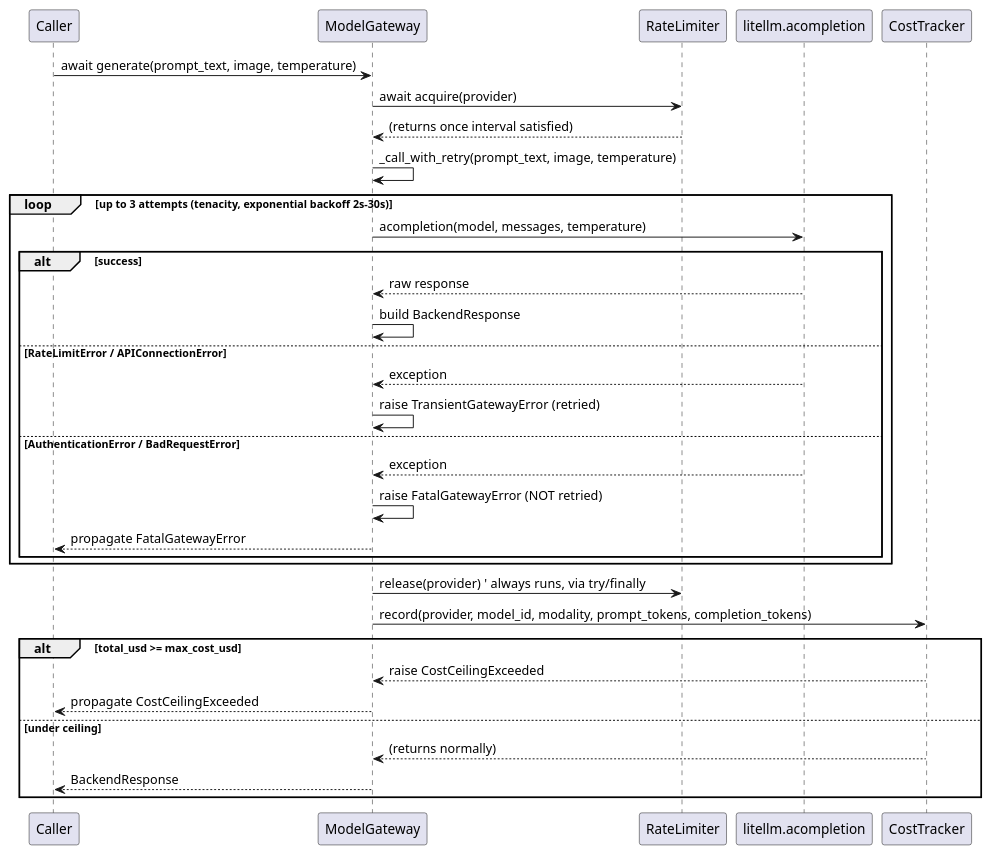
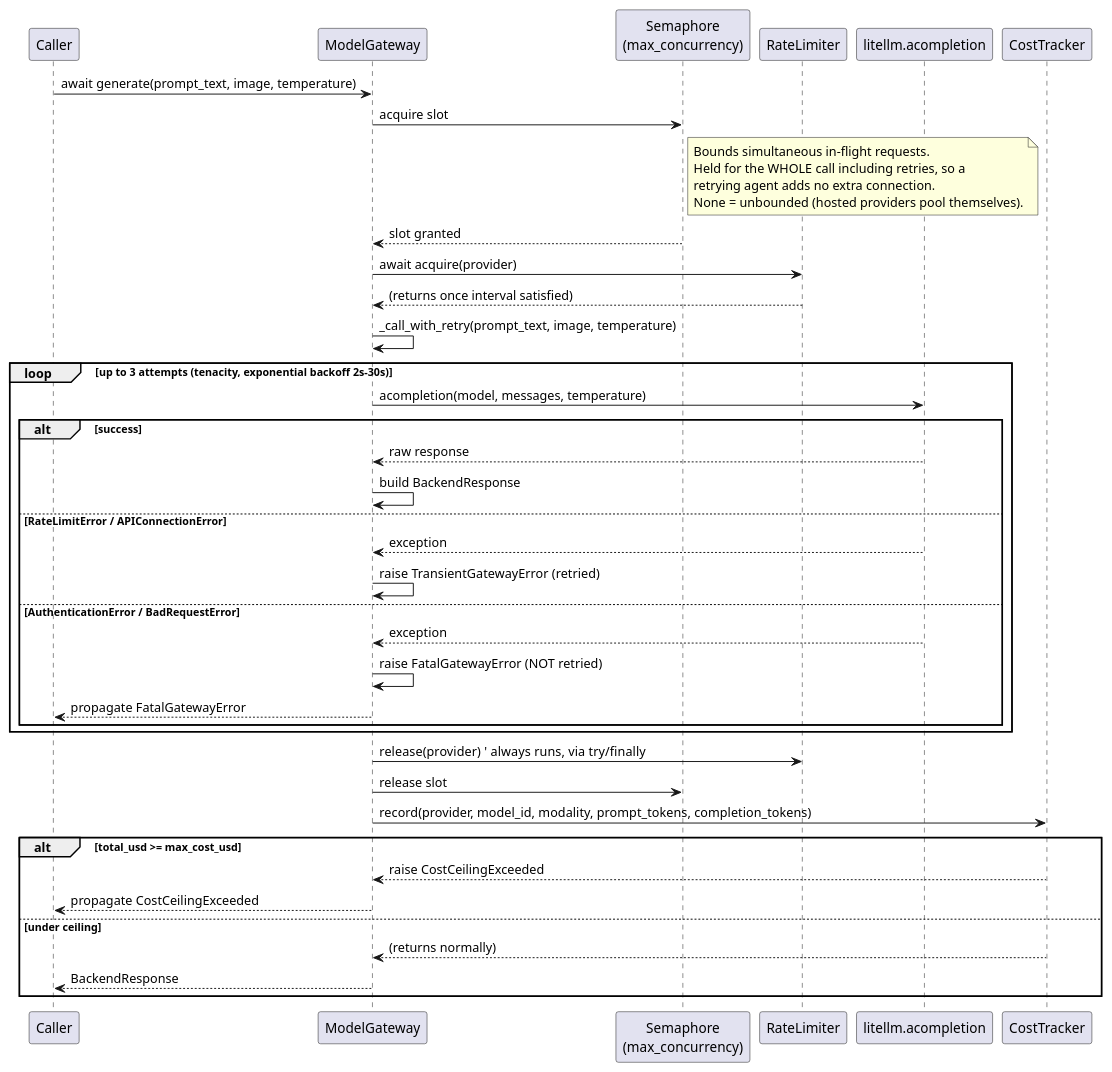
The diagram in Architecture-docs/plantuml/model_dispatch.puml (ResearchDrafts/Agentic-LLM-Network), drawn with PlantUML before and after one commit. The commit also changed 8 other files, not shown here.

First line of the commit message:
Update docs and diagrams for Tiers 0-3 and the first campaign

```diff
--- a/Architecture-docs/plantuml/model_dispatch.puml
+++ b/Architecture-docs/plantuml/model_dispatch.puml
@@ -1,35 +1,40 @@
 @startuml
 participant Caller
 participant "ModelGateway" as GW
+participant "Semaphore\n(max_concurrency)" as SEM
 participant "RateLimiter" as RL
 participant "litellm.acompletion" as LiteLLM
 participant "CostTracker" as CT
 
 Caller -> GW: await generate(prompt_text, image, temperature)
+GW -> SEM: acquire slot
+note right of SEM: Bounds simultaneous in-flight requests.\nHeld for the WHOLE call including retries, so a\nretrying agent adds no extra connection.\nNone = unbounded (hosted providers pool themselves).
+SEM --> GW: slot granted
 GW -> RL: await acquire(provider)
 RL --> GW: (returns once interval satisfied)
 GW -> GW: _call_with_retry(prompt_text, image, temperature)
 loop up to 3 attempts (tenacity, exponential backoff 2s-30s)
     GW -> LiteLLM: acompletion(model, messages, temperature)
     alt success
         LiteLLM --> GW: raw response
         GW -> GW: build BackendResponse
     else RateLimitError / APIConnectionError
         LiteLLM --> GW: exception
         GW -> GW: raise TransientGatewayError (retried)
     else AuthenticationError / BadRequestError
         LiteLLM --> GW: exception
         GW -> GW: raise FatalGatewayError (NOT retried)
         GW --> Caller: propagate FatalGatewayError
     end
 end
 GW -> RL: release(provider)  ' always runs, via try/finally
+GW -> SEM: release slot
 GW -> CT: record(provider, model_id, modality, prompt_tokens, completion_tokens)
 alt total_usd >= max_cost_usd
     CT --> GW: raise CostCeilingExceeded
     GW --> Caller: propagate CostCeilingExceeded
 else under ceiling
     CT --> GW: (returns normally)
     GW --> Caller: BackendResponse
 end
 @enduml
```
